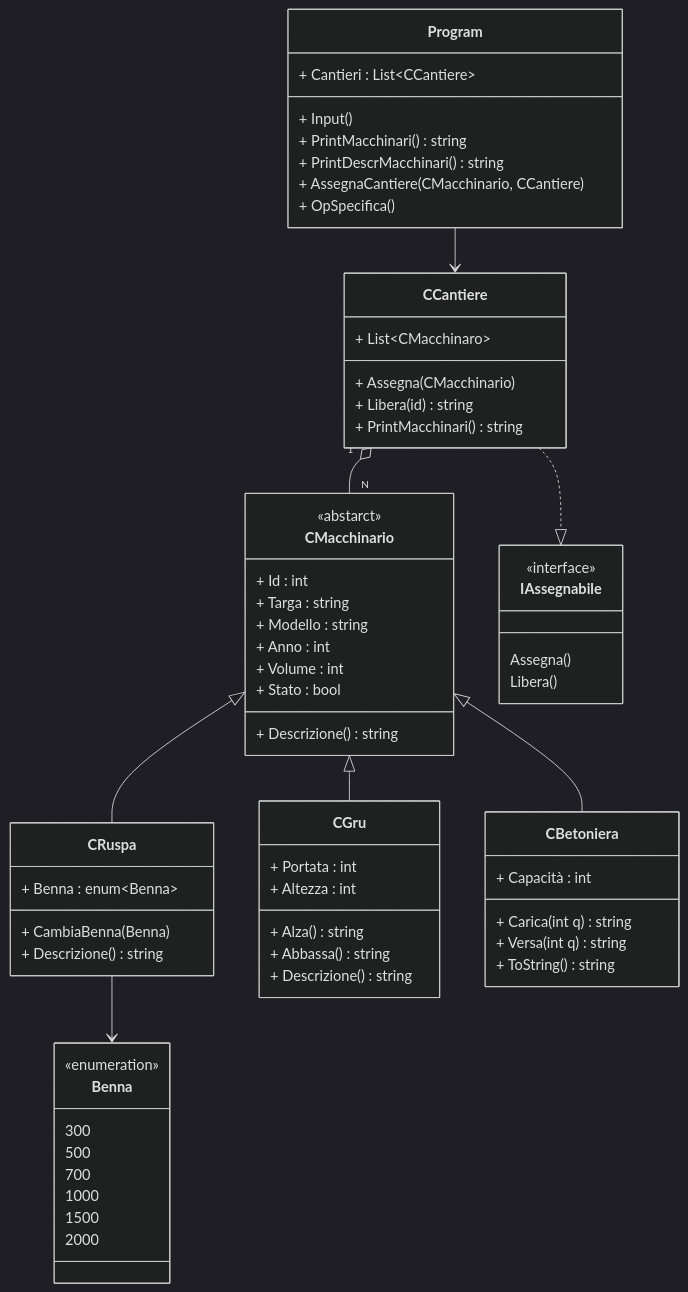
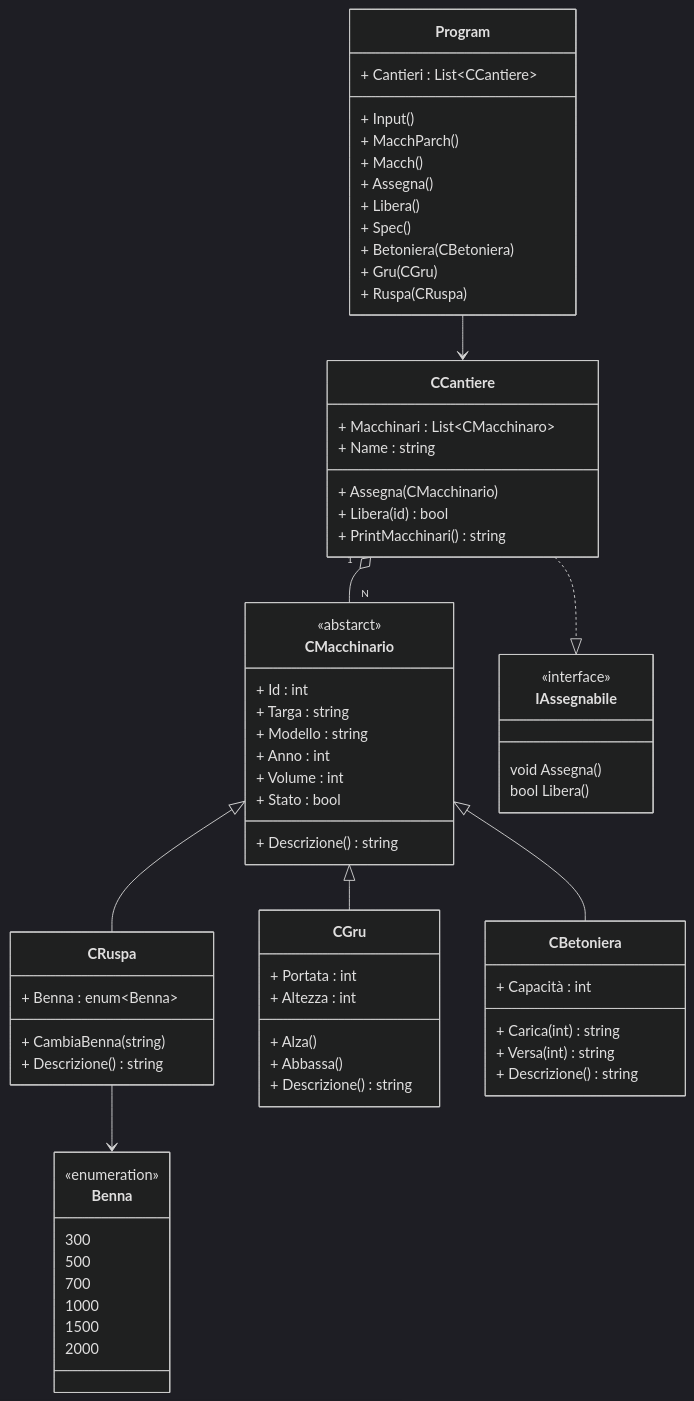
One commit to BertoldoMatteo/4-INFORMATICA changed the diagram in C#/EsMacchinari/EsMacchinariBM.md. Above: the diagram before and after it, drawn with Mermaid (dark theme). The commit also changed 13 other files, not shown here.

```diff
--- a/C#/EsMacchinari/EsMacchinariBM.md
+++ b/C#/EsMacchinari/EsMacchinariBM.md
@@ -7,17 +7,22 @@
         + Cantieri : List~CCantiere~
 
         + Input()
-        + PrintMacchinari() string
-        + PrintDescrMacchinari() string
-        + AssegnaCantiere(CMacchinario, CCantiere)
-        + OpSpecifica()
+        + MacchParch() 
+        + Macch()
+        + Assegna()
+        + Libera()
+        + Spec()
+        + Betoniera(CBetoniera)
+        + Gru(CGru)
+        + Ruspa(CRuspa)
     }
 
     class CCantiere{
-        + List~CMacchinaro~
+        + Macchinari : List~CMacchinaro~
+        + Name : string
 
         + Assegna(CMacchinario)
-        + Libera(id) string
+        + Libera(id) bool
         + PrintMacchinari() string
     }
 
@@ -38,7 +43,7 @@
     class CRuspa {
         + Benna : enum~Benna~
         
-        + CambiaBenna(Benna) 
+        + CambiaBenna(string) 
         + Descrizione() string
     }
 
@@ -56,23 +61,23 @@
         + Portata : int
         + Altezza : int
 
-        + Alza()string
-        + Abbassa()string
+        + Alza()
+        + Abbassa()
         + Descrizione() string
     }
 
     class CBetoniera {
         + Capacità : int
         
-        + Carica(int q) string
-        + Versa(int q) string
-        + ToString() string
+        + Carica(int) string
+        + Versa(int) string
+        + Descrizione() string
     }
 
     class IAssegnabile{
         <<interface>>
-        Assegna()
-        Libera()
+        void Assegna()
+        bool Libera()
     }
 
     
```
